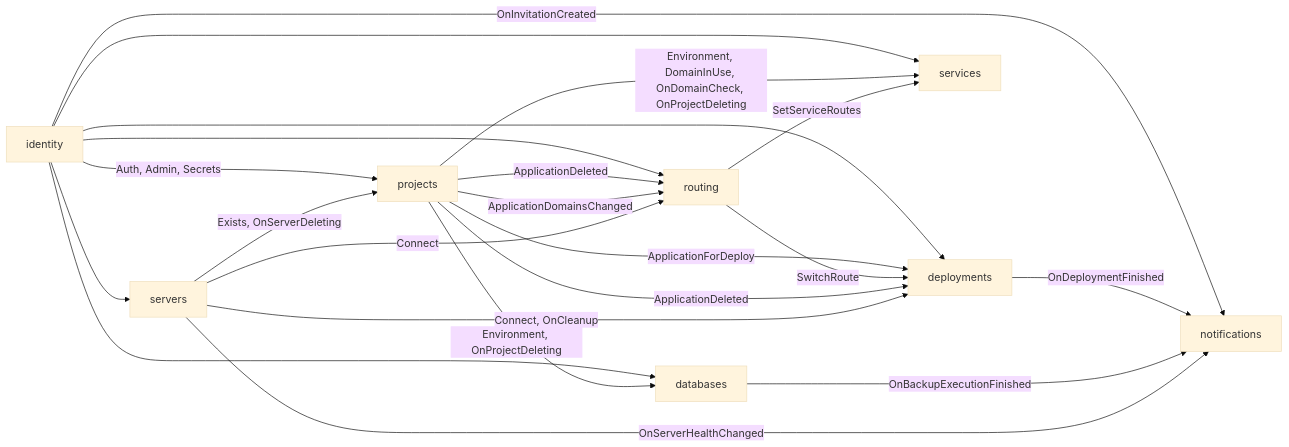
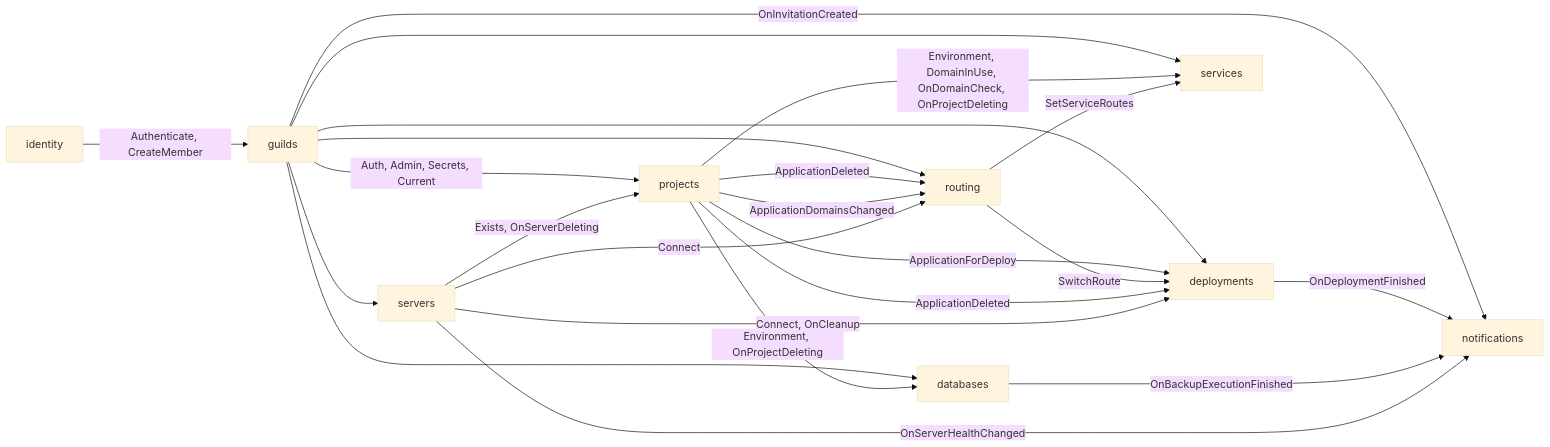
Before and after one commit to jevido/bakery: the diagram in docs/domain/context-map.md, drawn with Mermaid (base theme). The commit also changed other lines of this file and 10 other files, not shown here.

````diff
--- a/docs/domain/context-map.md
+++ b/docs/domain/context-map.md
@@ -66,24 +68,25 @@
 ```mermaid
 flowchart LR
-  identity -->|Auth, Admin, Secrets| projects
-  identity --> deployments
-  identity --> routing
+  identity -->|Authenticate, CreateMember| guilds
+  guilds -->|Auth, Admin, Secrets, Current| projects
+  guilds --> deployments
+  guilds --> routing
   projects -->|ApplicationForDeploy| deployments
   routing -->|SwitchRoute| deployments
   projects -->|ApplicationDeleted| routing
   projects -->|ApplicationDeleted| deployments
   projects -->|ApplicationDomainsChanged| routing
-  identity --> databases
+  guilds --> databases
   projects -->|Environment, OnProjectDeleting| databases
-  identity --> services
+  guilds --> services
   projects -->|Environment, DomainInUse, OnDomainCheck, OnProjectDeleting| services
   routing -->|SetServiceRoutes| services
-  identity --> servers
+  guilds --> servers
   servers -->|Connect, OnCleanup| deployments
   servers -->|Connect| routing
   servers -->|Exists, OnServerDeleting| projects
-  identity -->|OnInvitationCreated| notifications
+  guilds -->|OnInvitationCreated| notifications
   deployments -->|OnDeploymentFinished| notifications
   databases -->|OnBackupExecutionFinished| notifications
   servers -->|OnServerHealthChanged| notifications
 ```
````
